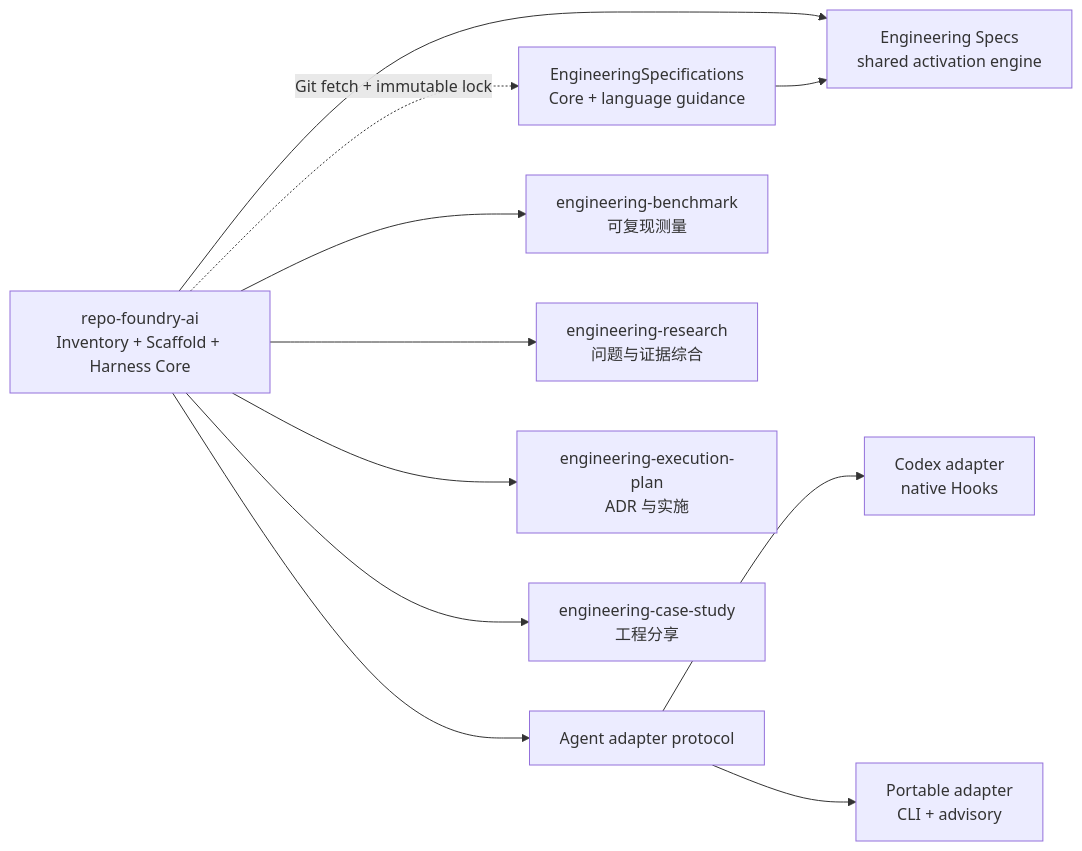
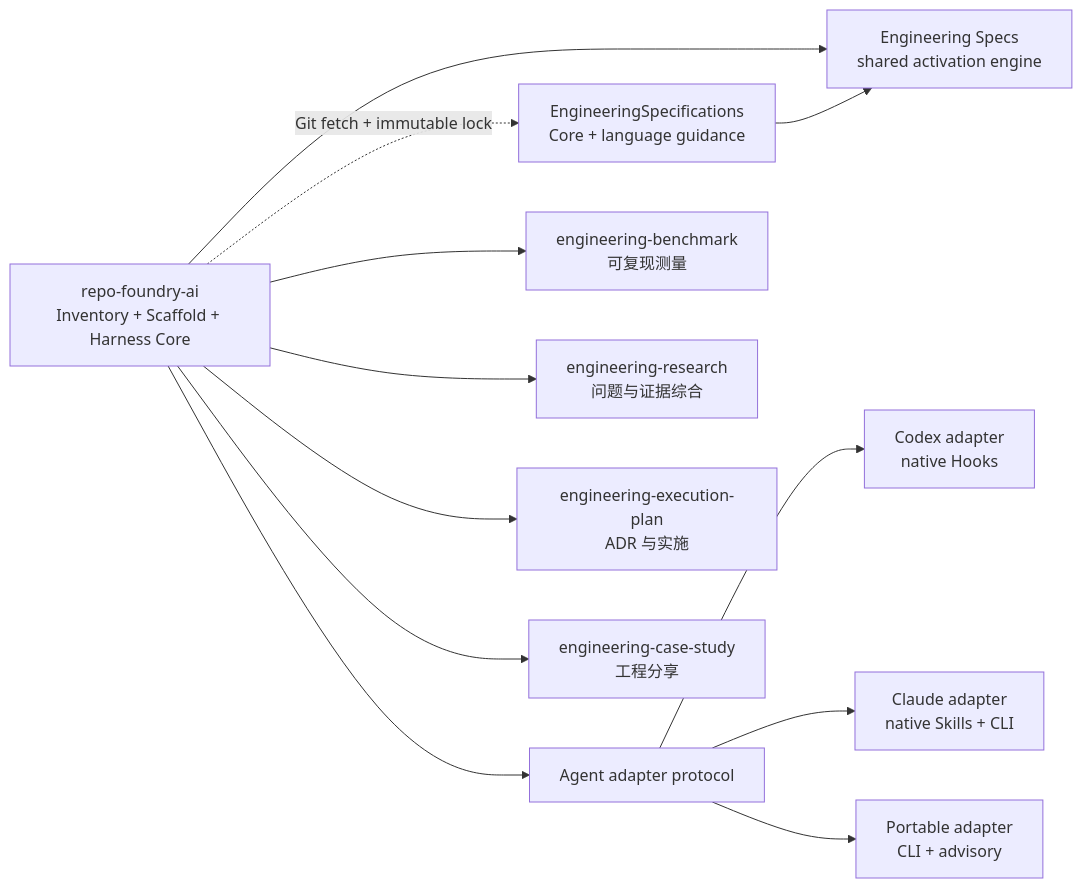
The diagram in SKILL.md (XiaoWeiKIN/RepoFoundryAI), drawn with Mermaid before and after one commit. The commit also changed other lines of this file and 23 other files, not shown here.

````diff
--- a/SKILL.md
+++ b/SKILL.md
@@ -13,14 +13,15 @@
 ```mermaid
 flowchart LR
     W["repo-foundry-ai<br/>Inventory + Scaffold + Harness Core"]
     W -.->|"Git fetch + immutable lock"| S["EngineeringSpecifications<br/>Core + language guidance"]
     W --> A["Agent adapter protocol"]
     A --> X["Codex adapter<br/>native Hooks"]
+    A --> D["Claude adapter<br/>native Skills + CLI"]
     A --> P["Portable adapter<br/>CLI + advisory"]
     W --> T["Engineering Specs<br/>shared activation engine"]
     S --> T
     W --> B["engineering-benchmark<br/>可复现测量"]
     W --> R["engineering-research<br/>问题与证据综合"]
     W --> E["engineering-execution-plan<br/>ADR 与实施"]
     W --> C["engineering-case-study<br/>工程分享"]
 ```
````
